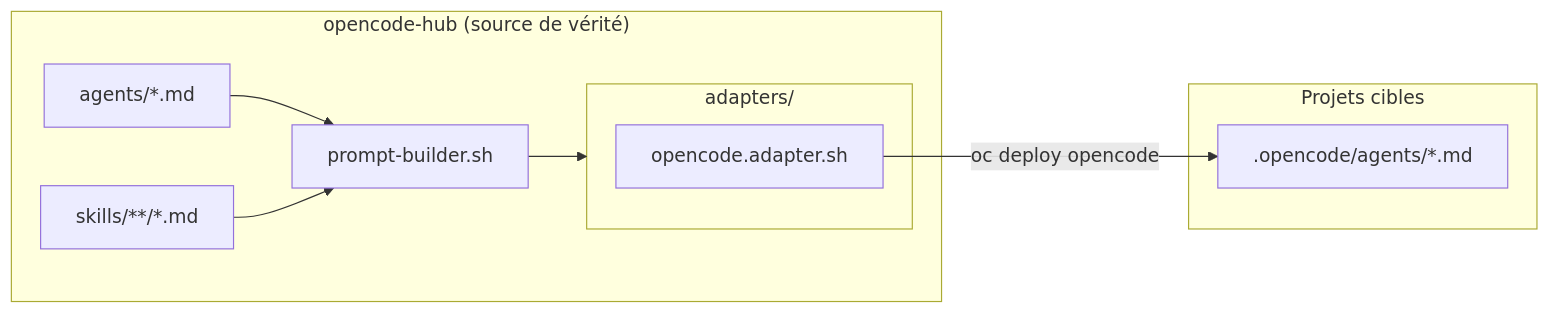
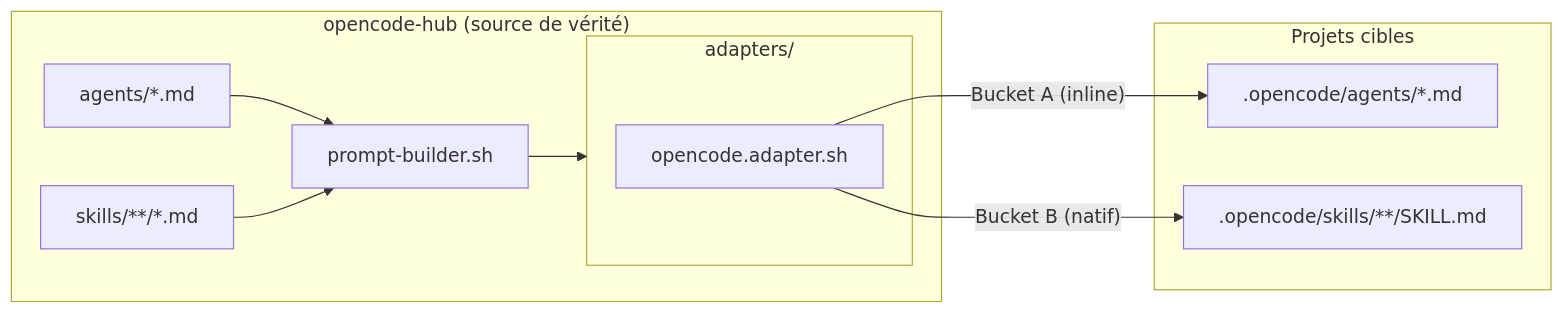
One commit to datichb/openhub changed the first of 3 diagrams in docs/architecture/overview.fr.md. Above: the diagram before and after it, drawn with Mermaid. The commit also changed other lines of this file and 52 other files, not shown here.

First line of the commit message:
feat: hybrid skills architecture (Bucket A inline / Bucket B native)

````diff
--- a/docs/architecture/overview.fr.md
+++ b/docs/architecture/overview.fr.md
@@ -60,15 +66,16 @@
 ```mermaid
 flowchart LR
     subgraph HUB["opencode-hub (source de vérité)"]
         A[agents/*.md] --> PB[prompt-builder.sh]
         S[skills/**/*.md] --> PB
         PB --> ADP
         subgraph ADP["adapters/"]
             OC[opencode.adapter.sh]
         end
     end
 
     subgraph PROJETS["Projets cibles"]
-        OC -->|oc deploy opencode| P1[".opencode/agents/*.md"]
+        OC -->|"Bucket A (inline)"| P1[".opencode/agents/*.md"]
+        OC -->|"Bucket B (natif)"| P2[".opencode/skills/**/SKILL.md"]
     end
 ```
````
